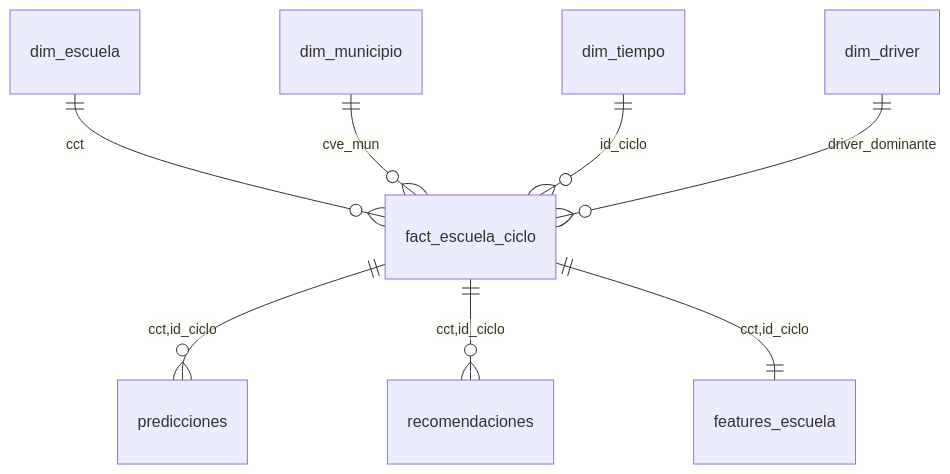
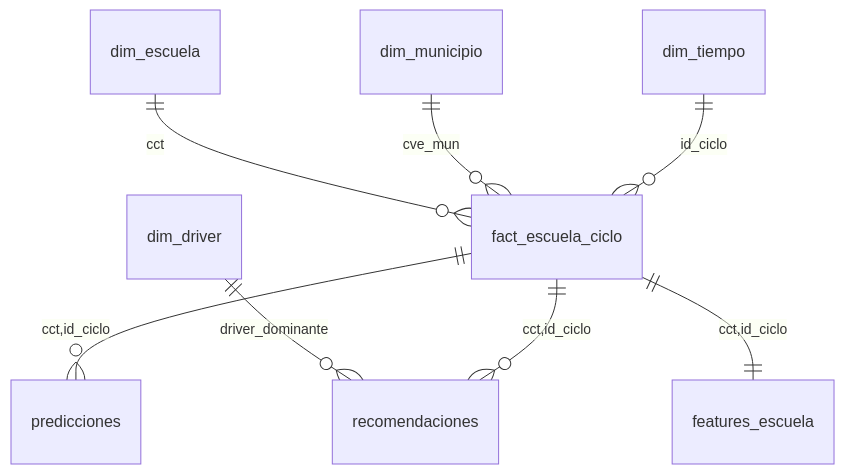
The diagram in 03_Architecture/Data_Model.md (Dr4wde064/escuela-concausa-bi), drawn with Mermaid before and after one commit. The commit also changed other lines of this file, not shown here.

Commit message:
docs(architecture): separa hechos de salidas ML en fact_escuela_ciclo (US-101)

````diff
--- a/03_Architecture/Data_Model.md
+++ b/03_Architecture/Data_Model.md
@@ -96,10 +96,10 @@
 ```mermaid
 erDiagram
   dim_escuela   ||--o{ fact_escuela_ciclo : cct
   dim_municipio ||--o{ fact_escuela_ciclo : cve_mun
   dim_tiempo    ||--o{ fact_escuela_ciclo : id_ciclo
-  dim_driver    ||--o{ fact_escuela_ciclo : driver_dominante
+  dim_driver    ||--o{ recomendaciones : driver_dominante
   fact_escuela_ciclo ||--o{ predicciones : "cct,id_ciclo"
   fact_escuela_ciclo ||--o{ recomendaciones : "cct,id_ciclo"
   fact_escuela_ciclo ||--|| features_escuela : "cct,id_ciclo"
 ```
````
